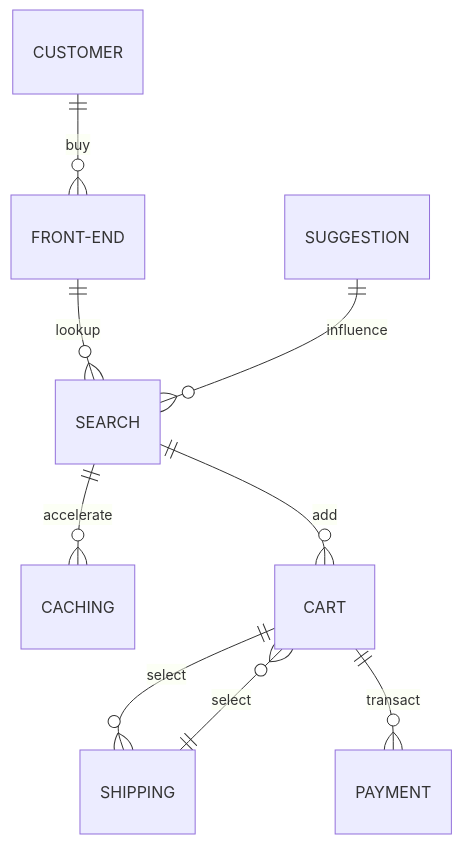
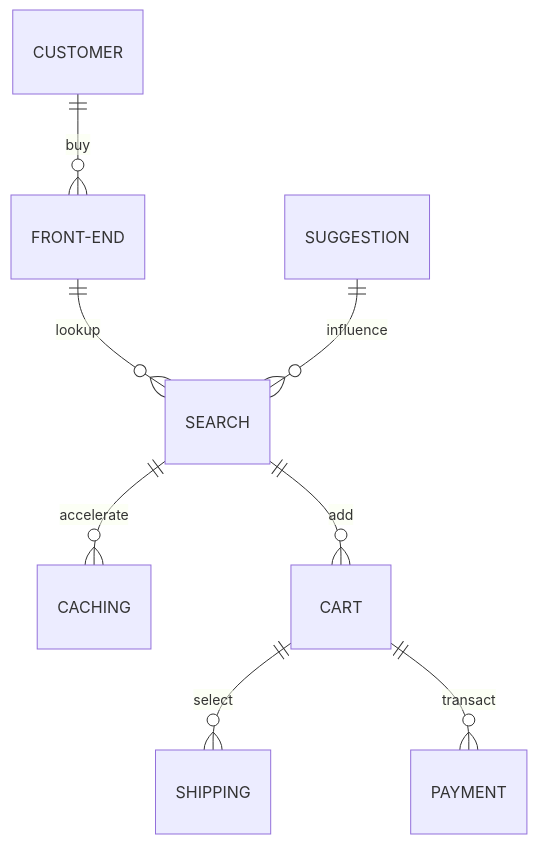
One commit to beezy-cloud/project-pancake changed the second of 2 diagrams in docs/concepts.md. Above: the diagram before and after it, drawn with Mermaid.

````diff
--- a/docs/concepts.md
+++ b/docs/concepts.md
@@ -62,11 +62,10 @@
 ```mermaid
    erDiagram
    CUSTOMER ||--o{ FRONT-END : buy
    FRONT-END ||--o{ SEARCH : lookup
    SUGGESTION ||--o{ SEARCH : influence
    SEARCH ||--o{ CACHING : accelerate
    SEARCH ||--o{ CART : add
    CART ||--o{ SHIPPING : select
-   SHIPPING ||--o{ CART : select
    CART ||--o{ PAYMENT : transact
 ```
````
